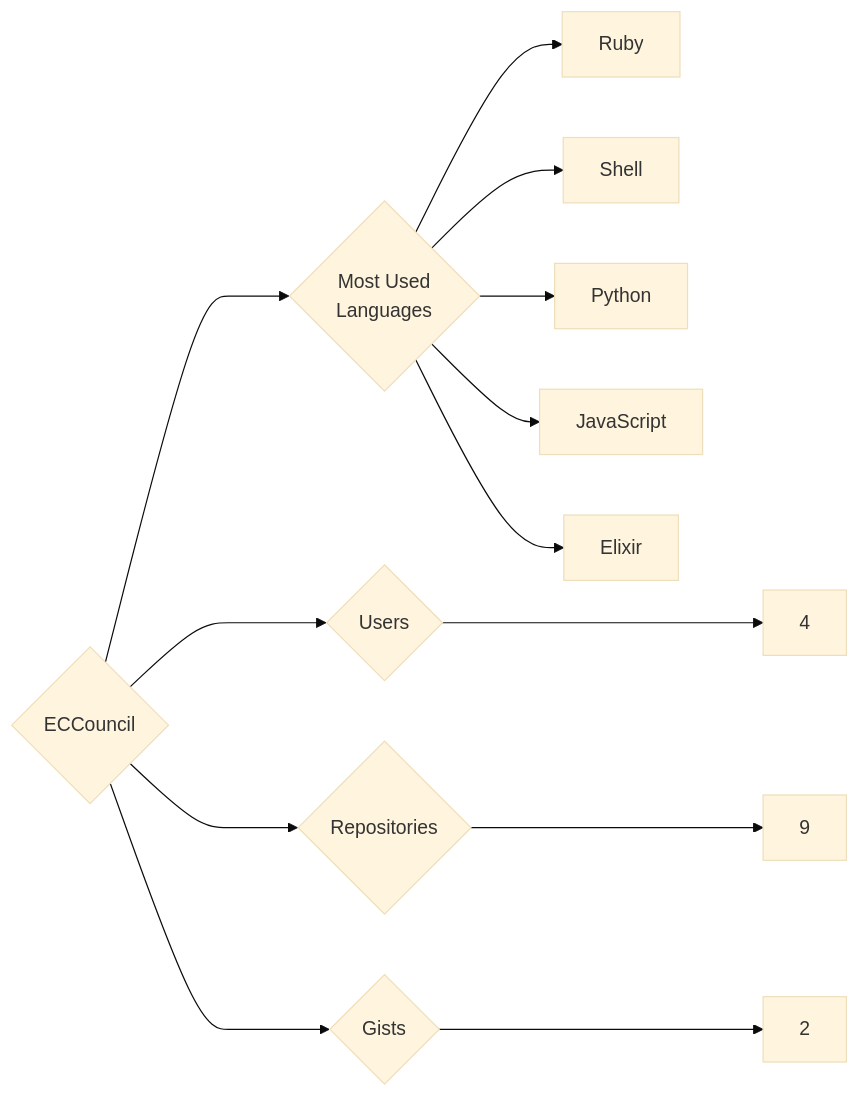
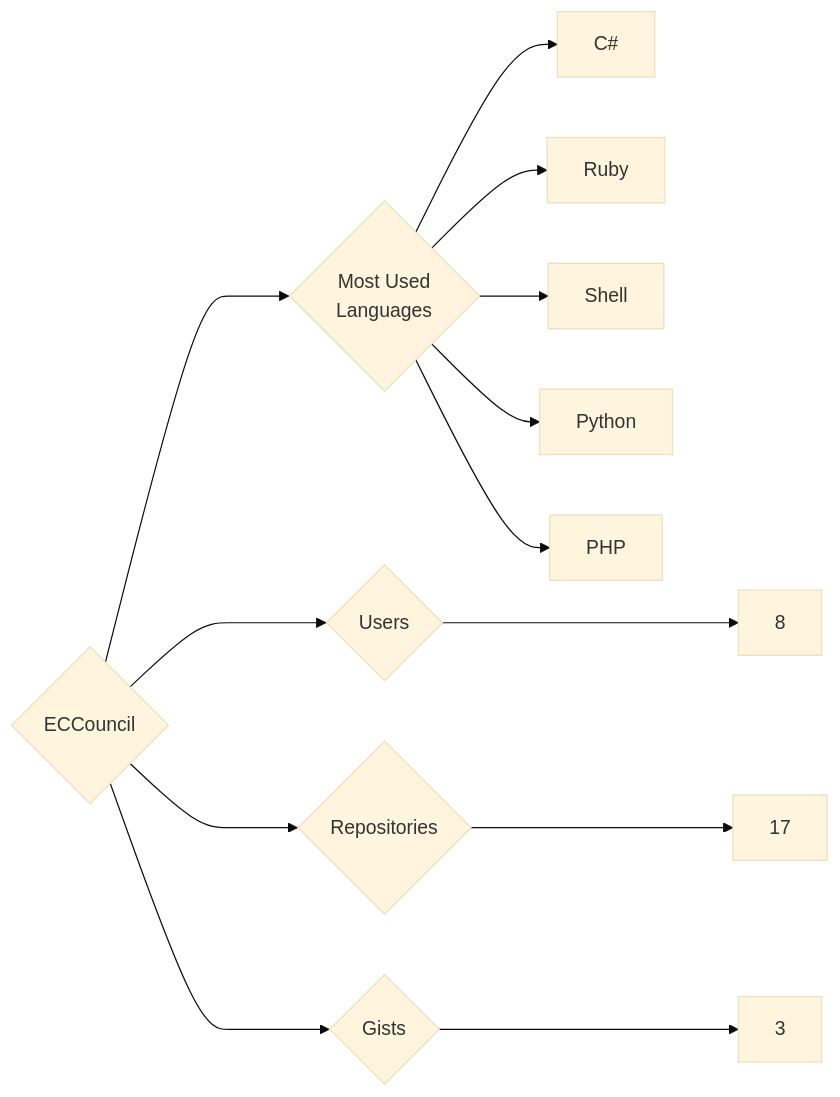
Before and after one commit to trickest/insiders: the diagram in targets/ECCouncil/README.md, drawn with Mermaid (base theme). The commit also changed 1120 other files, not shown here.

````diff
--- a/targets/ECCouncil/README.md
+++ b/targets/ECCouncil/README.md
@@ -3,13 +3,13 @@
 ```mermaid
 graph LR
 COMPANY_NAME{ECCouncil}
-COMPANY_NAME ---> U{Users} ---> UN[4]
-COMPANY_NAME ---> R{Repositories} ---> RN[9]
-COMPANY_NAME ---> G{Gists} ---> GN[2]
+COMPANY_NAME ---> U{Users} ---> UN[8]
+COMPANY_NAME ---> R{Repositories} ---> RN[17]
+COMPANY_NAME ---> G{Gists} ---> GN[3]
 COMPANY_NAME ---> ML{Most Used<br>Languages}
+ML --> C#[C#]
 ML --> Ruby[Ruby]
 ML --> Shell[Shell]
 ML --> Python[Python]
-ML --> JavaScript[JavaScript]
-ML --> Elixir[Elixir]
+ML --> PHP[PHP]
 ```
````
